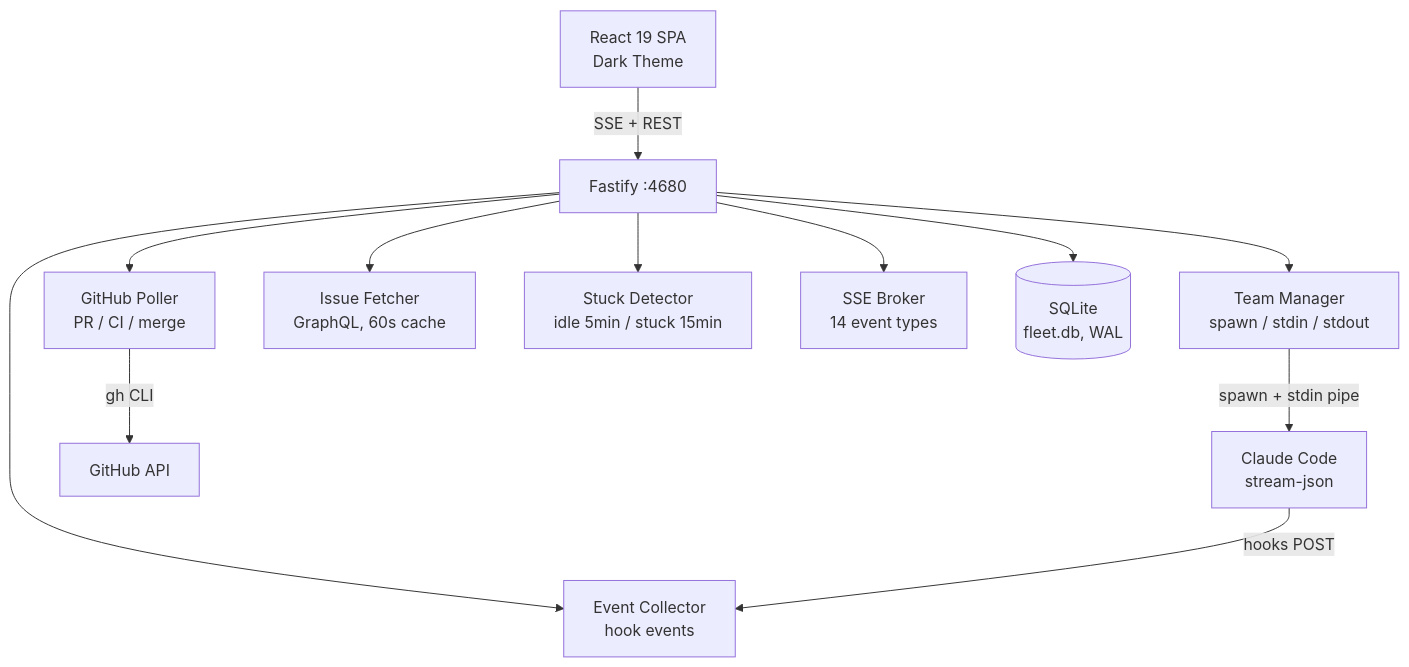
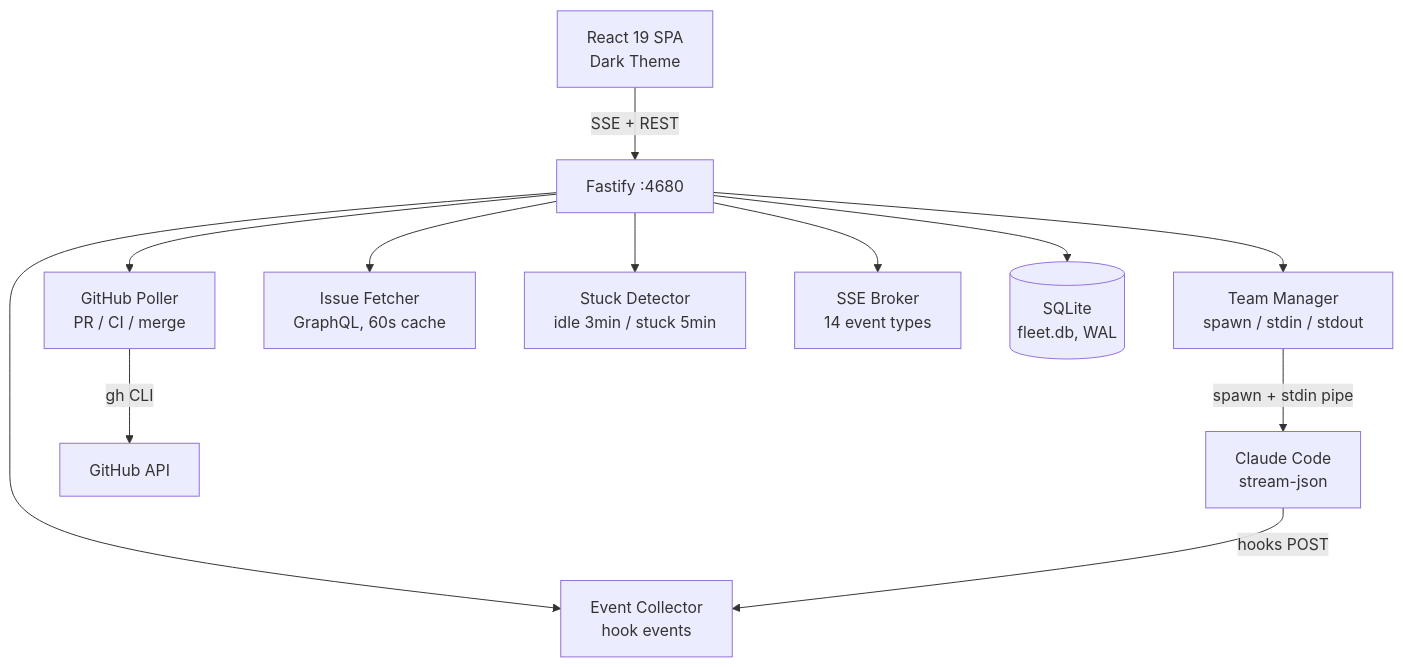
One commit to hubertciebiada/fleet-commander changed the first of 2 diagrams in README.md. Above: the diagram before and after it, drawn with Mermaid. The commit also changed 13 other files, not shown here.

First line of the commit message:
Issue #129: update remaining docs, diagrams, templates, and db defaults

````diff
--- a/README.md
+++ b/README.md
@@ -34,14 +34,14 @@
 ```mermaid
 graph TB
   Browser["React 19 SPA<br/>Dark Theme"] -->|"SSE + REST"| Server["Fastify :4680"]
   Server --> TeamMgr["Team Manager<br/>spawn / stdin / stdout"]
   Server --> EventCol["Event Collector<br/>hook events"]
   Server --> GitPoller["GitHub Poller<br/>PR / CI / merge"]
   Server --> IssueFetch["Issue Fetcher<br/>GraphQL, 60s cache"]
-  Server --> StuckDet["Stuck Detector<br/>idle 5min / stuck 15min"]
+  Server --> StuckDet["Stuck Detector<br/>idle 3min / stuck 5min"]
   Server --> SSE["SSE Broker<br/>14 event types"]
   Server --> DB[("SQLite<br/>fleet.db, WAL")]
   TeamMgr -->|"spawn + stdin pipe"| CC["Claude Code<br/>stream-json"]
   CC -->|"hooks POST"| EventCol
   GitPoller -->|"gh CLI"| GitHub["GitHub API"]
 ```
````
